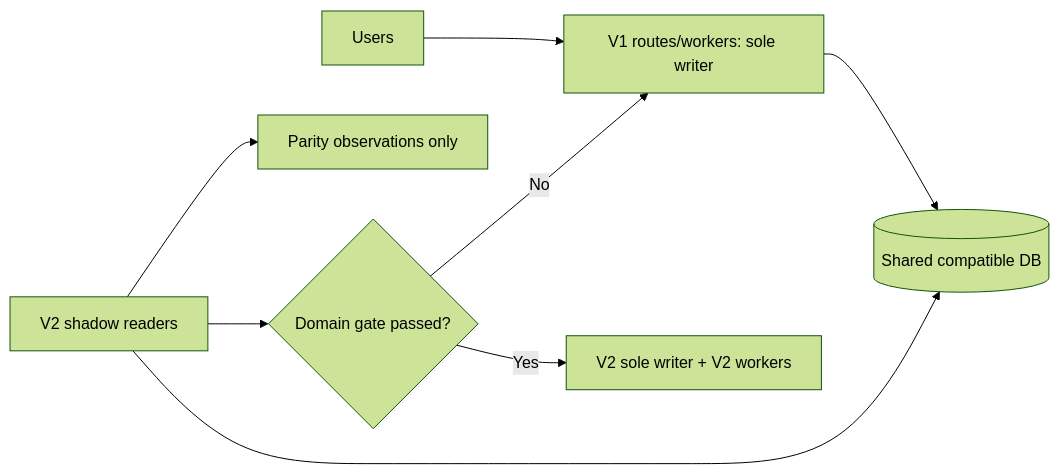
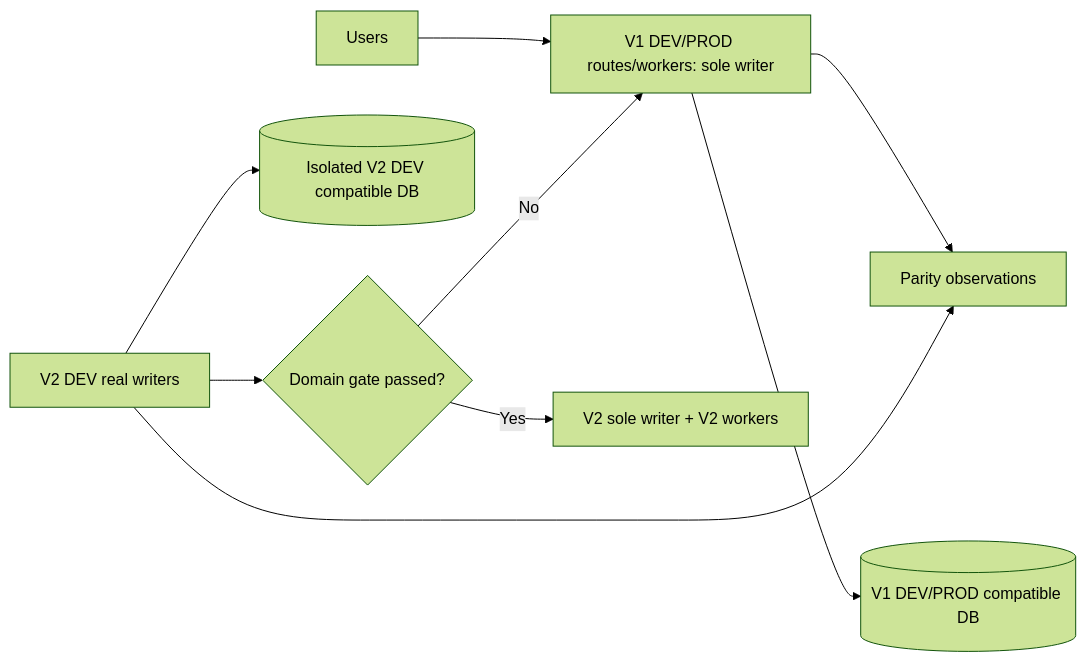
Before and after one commit to Tombstone73/QuoteVaultPro: the second of 2 diagrams in docs/architecture/V2_RECONSTRUCTION_MASTER_PLAN.md, drawn with Mermaid (forest theme). The commit also changed other lines of this file and 3 other files, not shown here.

Commit message:
docs(v2): use isolated writable V2 dev environment

````diff
--- a/docs/architecture/V2_RECONSTRUCTION_MASTER_PLAN.md
+++ b/docs/architecture/V2_RECONSTRUCTION_MASTER_PLAN.md
@@ -114,11 +114,12 @@
 ```mermaid
 flowchart LR
-  U[Users] --> V1[V1 routes/workers: sole writer]
-  V1 --> DB[(Shared compatible DB)]
-  V2[V2 shadow readers] --> DB
-  V2 --> P[Parity observations only]
+  U[Users] --> V1[V1 DEV/PROD routes/workers: sole writer]
+  V1 --> DB[(V1 DEV/PROD compatible DB)]
+  V2[V2 DEV real writers] --> V2DB[(Isolated V2 DEV compatible DB)]
+  V1 --> P[Parity observations]
+  V2 --> P
   G{Domain gate passed?}
   V2 --> G
   G -- No --> V1
   G -- Yes --> V2W[V2 sole writer + V2 workers]
 ```
````
